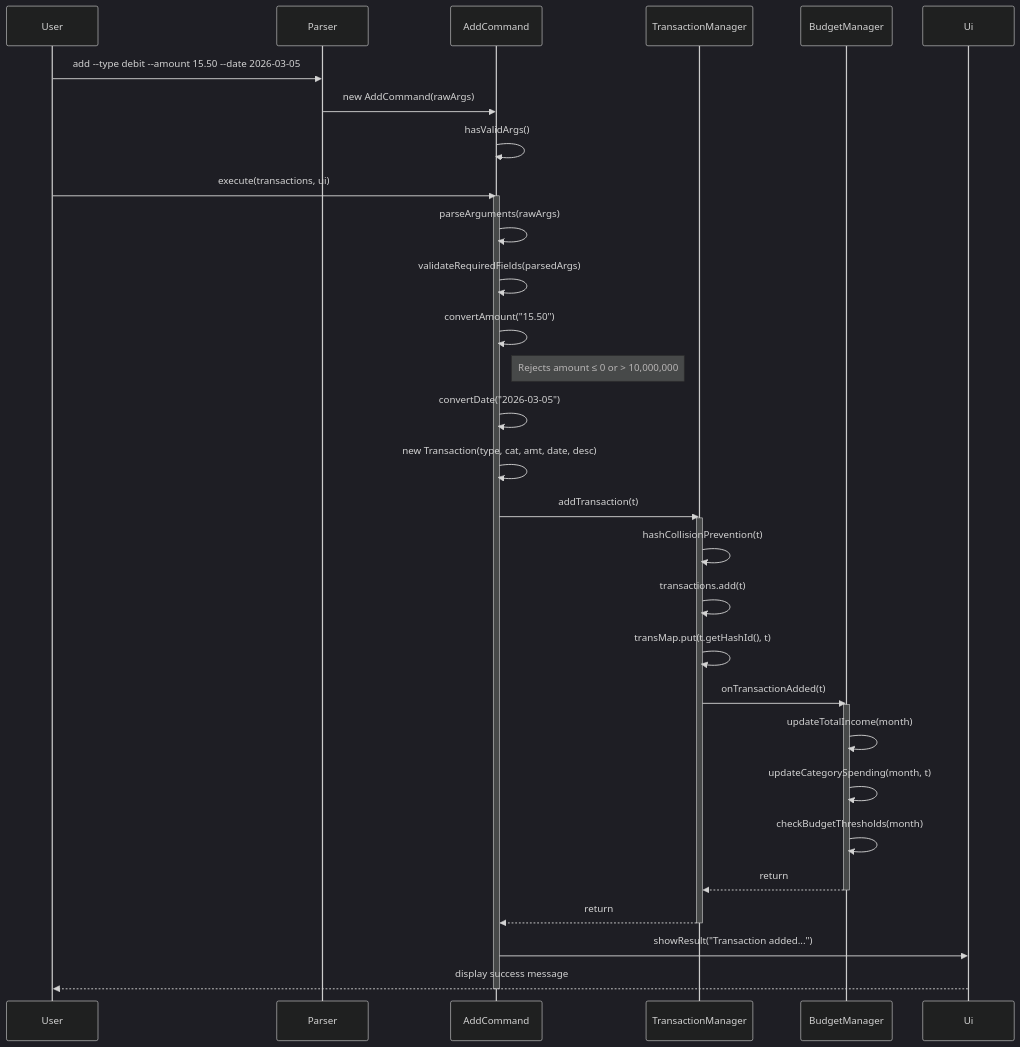
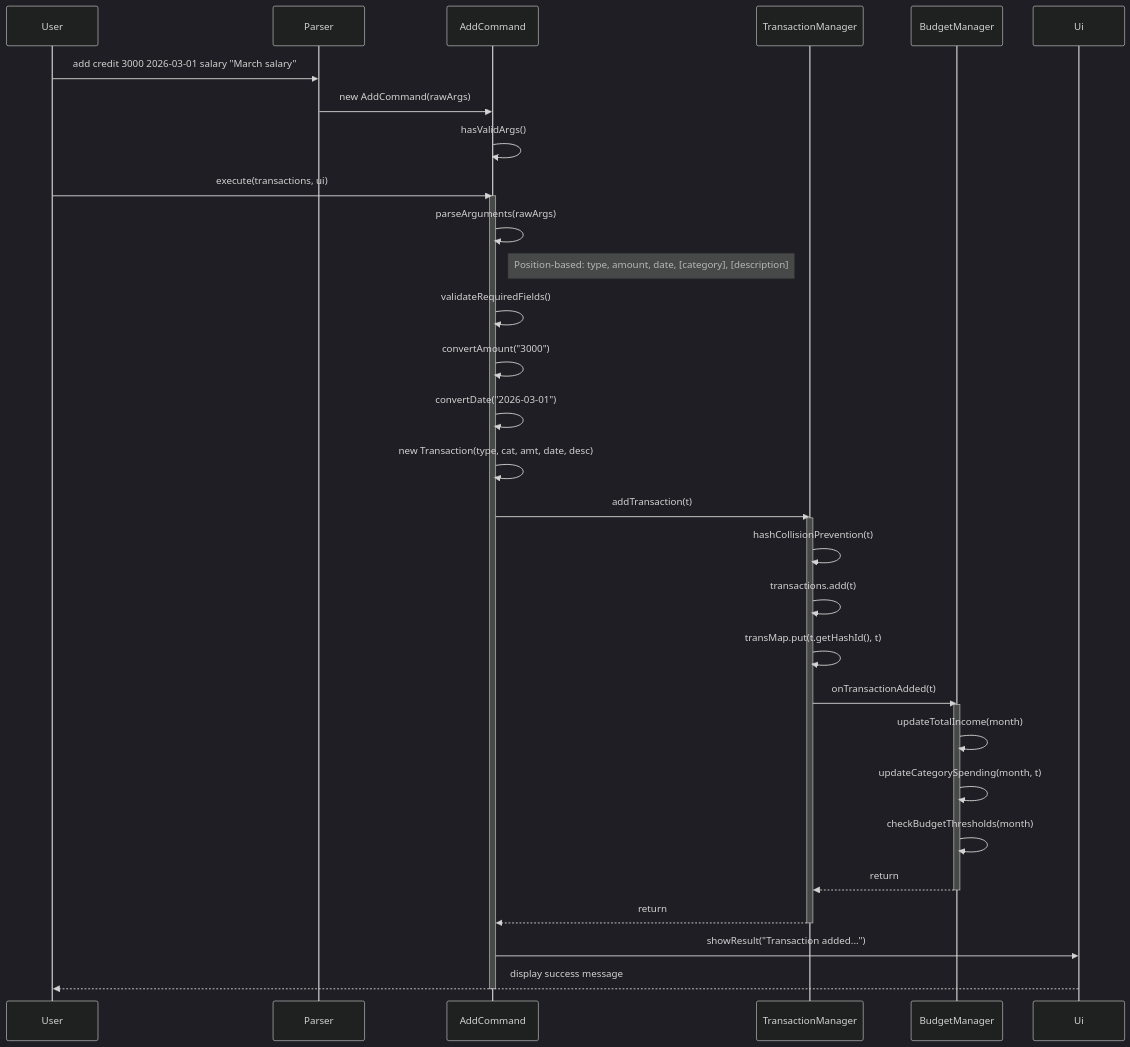
The sixth of 18 diagrams in docs/DeveloperGuide.md (AY2526S2-CS2113-W13-4/tp), drawn with Mermaid (dark theme) before and after one commit. The commit also changed other lines of this file and 10 other files, not shown here.

````diff
--- a/docs/DeveloperGuide.md
+++ b/docs/DeveloperGuide.md
@@ -474,45 +501,46 @@
 ```mermaid
 sequenceDiagram
     participant User
     participant Parser
     participant AddCommand
     participant TM as TransactionManager
     participant BM as BudgetManager
     participant Ui
 
-    User->>Parser: add --type debit --amount 15.50 --date 2026-03-05
+    User->>Parser: add credit 3000 2026-03-01 salary "March salary"
     Parser->>AddCommand: new AddCommand(rawArgs)
     AddCommand->>AddCommand: hasValidArgs()
 
     User->>AddCommand: execute(transactions, ui)
 
     activate AddCommand
     AddCommand->>AddCommand: parseArguments(rawArgs)
-    AddCommand->>AddCommand: validateRequiredFields(parsedArgs)
-    AddCommand->>AddCommand: convertAmount("15.50")
-    note right of AddCommand: Rejects amount ≤ 0 or > 10,000,000
-    AddCommand->>AddCommand: convertDate("2026-03-05")
+    Note right of AddCommand: Position-based: type, amount, date, [category], [description]
+
+    AddCommand->>AddCommand: validateRequiredFields()
+    AddCommand->>AddCommand: convertAmount("3000")
+    AddCommand->>AddCommand: convertDate("2026-03-01")
     AddCommand->>AddCommand: new Transaction(type, cat, amt, date, desc)
 
     AddCommand->>TM: addTransaction(t)
     activate TM
 
     TM->>TM: hashCollisionPrevention(t)
     TM->>TM: transactions.add(t)
     TM->>TM: transMap.put(t.getHashId(), t)
 
     TM->>BM: onTransactionAdded(t)
     activate BM
     BM->>BM: updateTotalIncome(month)
     BM->>BM: updateCategorySpending(month, t)
     BM->>BM: checkBudgetThresholds(month)
     BM-->>TM: return
     deactivate BM
 
     TM-->>AddCommand: return
     deactivate TM
 
     AddCommand->>Ui: showResult("Transaction added...")
     Ui-->>User: display success message
     deactivate AddCommand
 ```
````
